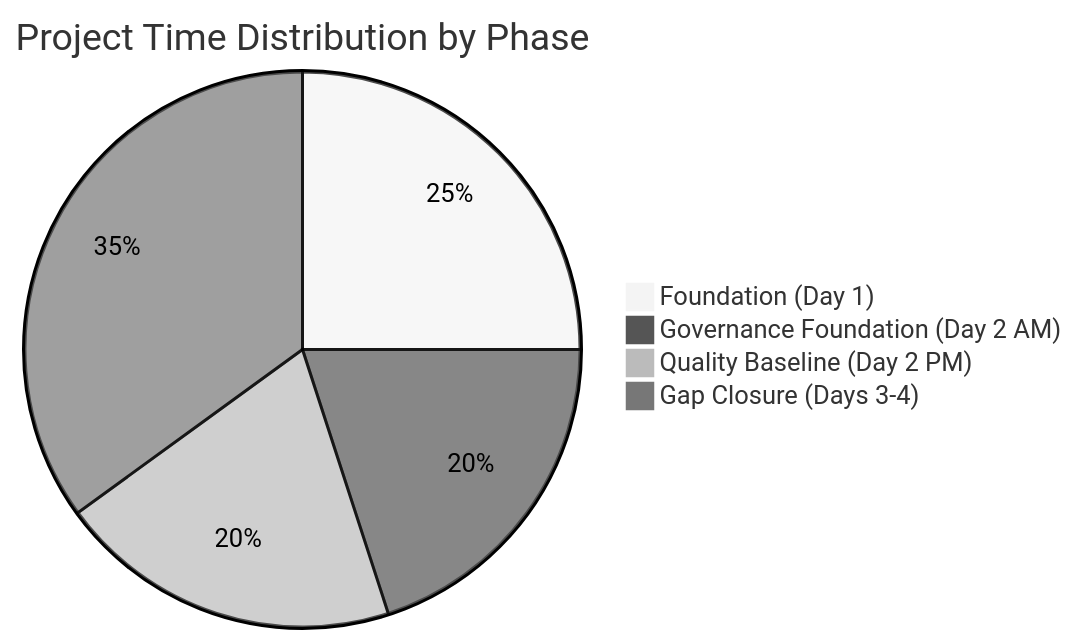
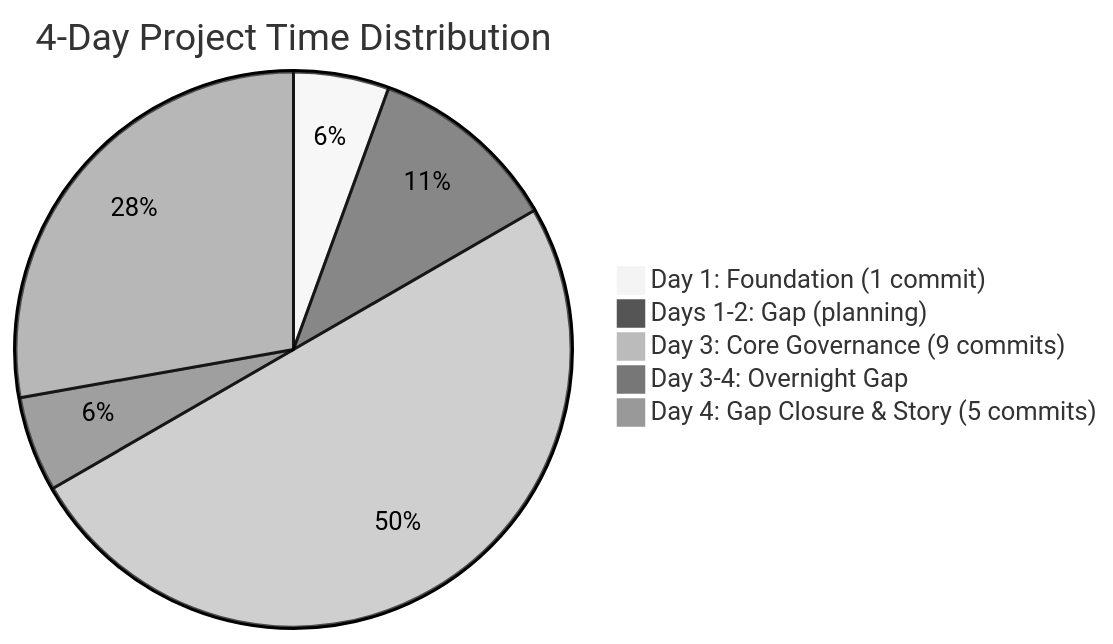
Before and after one commit to tractorjuice/arckit-test-project-v8-cabinet-office-genai: the third of 8 diagrams in projects/001-cabinet-office-genai/PROJECT-STORY.md, drawn with Mermaid (neutral theme). The commit also changed other lines of this file, not shown here.

First line of the commit message:
feat: PROJECT-STORY.md v3.0 - complete recreation from scratch with comprehensive analysis

````diff
--- a/projects/001-cabinet-office-genai/PROJECT-STORY.md
+++ b/projects/001-cabinet-office-genai/PROJECT-STORY.md
@@ -239,7 +167,8 @@
 ```mermaid
-pie title Project Time Distribution by Phase
-    "Foundation (Day 1)" : 25
-    "Governance Foundation (Day 2 AM)" : 20
-    "Quality Baseline (Day 2 PM)" : 20
-    "Gap Closure (Days 3-4)" : 35
+pie title 4-Day Project Time Distribution
+    "Day 1: Foundation (1 commit)" : 1
+    "Days 1-2: Gap (planning)" : 2
+    "Day 3: Core Governance (9 commits)" : 9
+    "Day 3-4: Overnight Gap" : 1
+    "Day 4: Gap Closure & Story (5 commits)" : 5
 ```
````
